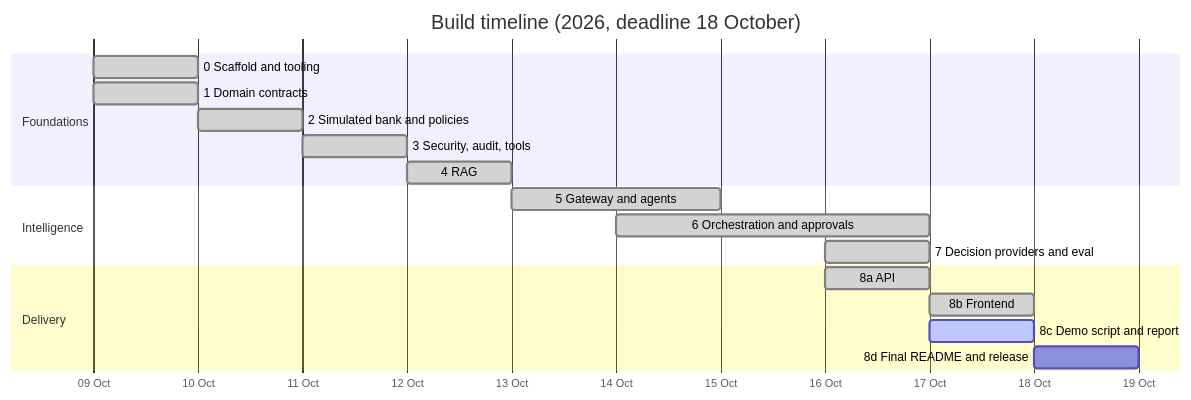
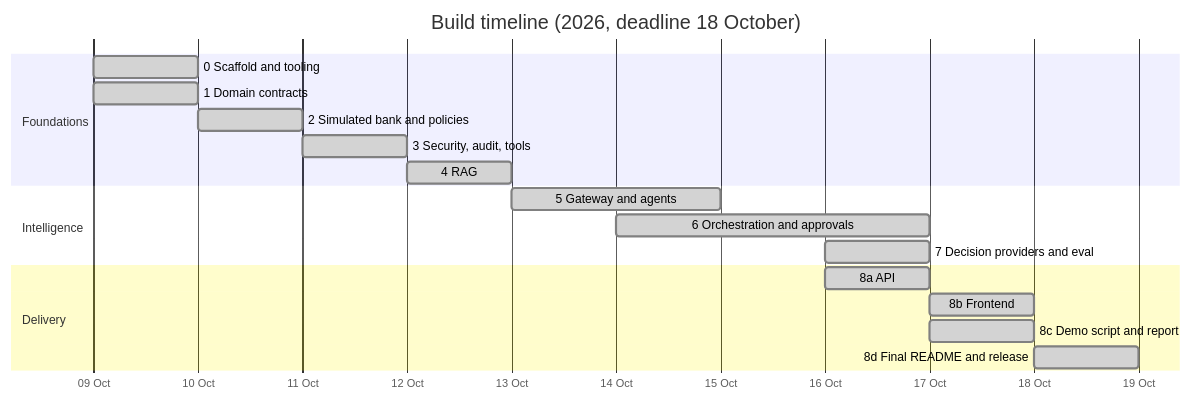
One commit to mk-2007/Agentic-Banking changed the sixth of 6 diagrams in README.md. Above: the diagram before and after it, drawn with Mermaid. The commit also changed other lines of this file and 8 other files, not shown here.

First line of the commit message:
feat(demo): API-driven demo script, report and walkthrough (phase 8c) (#44)

````diff
--- a/README.md
+++ b/README.md
@@ -366,21 +367,21 @@
 ```mermaid
 gantt
     title Build timeline (2026, deadline 18 October)
     dateFormat YYYY-MM-DD
     axisFormat %d %b
     section Foundations
     0 Scaffold and tooling           :done, p0, 2026-10-09, 1d
     1 Domain contracts               :done, p1, 2026-10-09, 1d
     2 Simulated bank and policies    :done, p2, 2026-10-10, 1d
     3 Security, audit, tools         :done, p3, 2026-10-11, 1d
     4 RAG                            :done, p4, 2026-10-12, 1d
     section Intelligence
     5 Gateway and agents             :done, p5, 2026-10-13, 2d
     6 Orchestration and approvals    :done, p6, 2026-10-14, 3d
     7 Decision providers and eval    :done, p7, 2026-10-16, 1d
     section Delivery
     8a API                           :done, p8a, 2026-10-16, 1d
     8b Frontend                      :done, p8b, 2026-10-17, 1d
-    8c Demo script and report        :active, p8c, 2026-10-17, 1d
-    8d Final README and release      :p8d, 2026-10-18, 1d
+    8c Demo script and report        :done, p8c, 2026-10-17, 1d
+    8d Final README and release      :done, p8d, 2026-10-18, 1d
 ```
````
